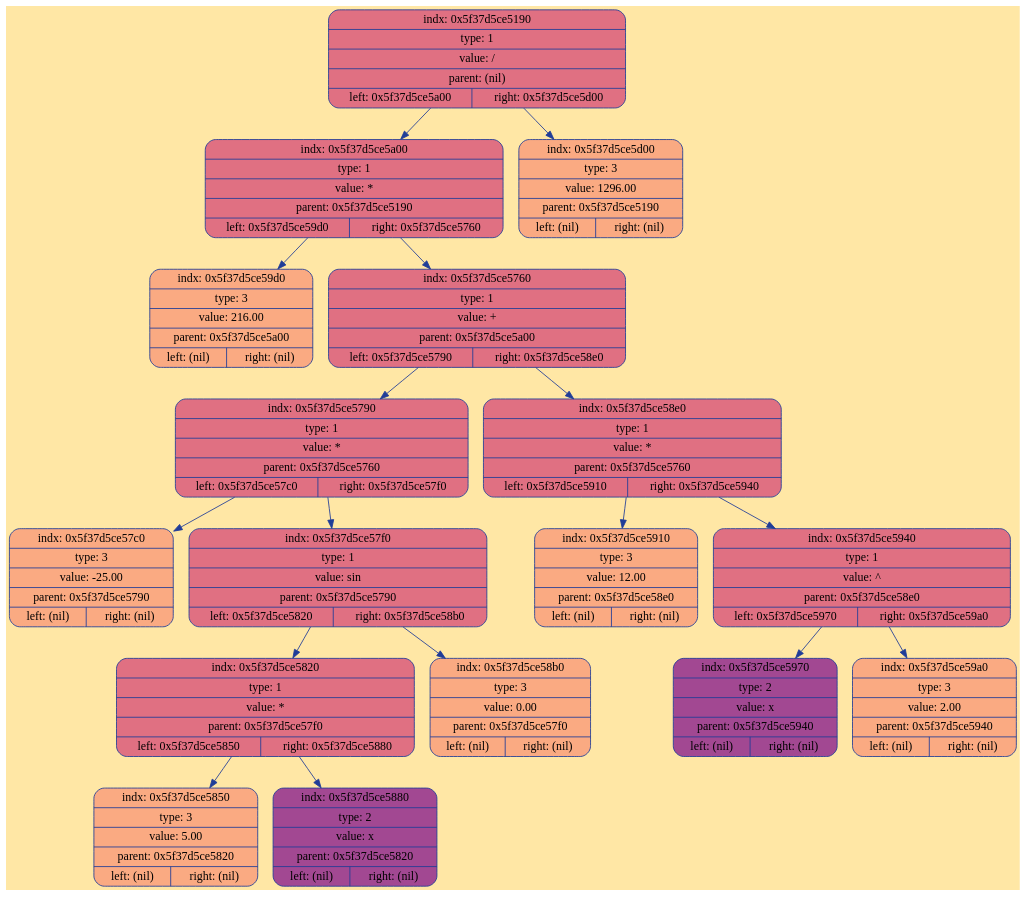
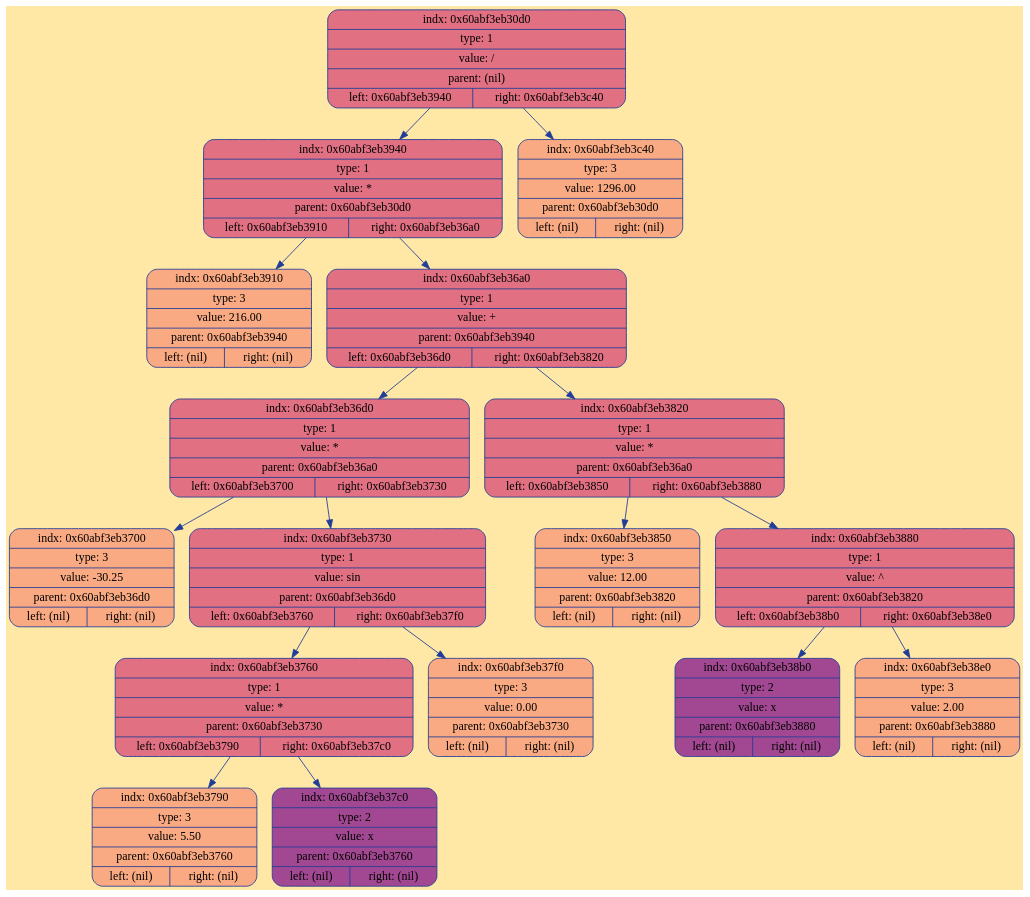
The diagram in debug/tree.dot (ksshkh/differentiator), drawn with Graphviz before and after one commit. The commit also changed 12 other files, not shown here.

```diff
--- a/debug/tree.dot
+++ b/debug/tree.dot
@@ -1,39 +1,39 @@
 digraph Tree {
 	rankdir = TB;
 	node [shape = record];
 	edge [color = "#203D98"];
 	bgcolor = "#FFE7A5";
-	node0x5f37d5ce5190 [color = "#203D98", shape = Mrecord, style = filled, fillcolor = "#E07082", label = "{indx: 0x5f37d5ce5190 | type: 1 | value: / | parent: (nil) | { left: 0x5f37d5ce5a00 | right: 0x5f37d5ce5d00}}"];
-		node0x5f37d5ce5190 -> node0x5f37d5ce5a00
-	node0x5f37d5ce5a00 [color = "#203D98", shape = Mrecord, style = filled, fillcolor = "#E07082", label = "{indx: 0x5f37d5ce5a00 | type: 1 | value: * | parent: 0x5f37d5ce5190 | { left: 0x5f37d5ce59d0 | right: 0x5f37d5ce5760}}"];
-		node0x5f37d5ce5a00 -> node0x5f37d5ce59d0
-	node0x5f37d5ce59d0 [color = "#203D98", shape = Mrecord, style = filled, fillcolor = "#FAAA82", label = "{indx: 0x5f37d5ce59d0 | type: 3 | value: 216.00 | parent: 0x5f37d5ce5a00 | { left: (nil) | right: (nil)}}"];
-		node0x5f37d5ce5a00 -> node0x5f37d5ce5760
-	node0x5f37d5ce5760 [color = "#203D98", shape = Mrecord, style = filled, fillcolor = "#E07082", label = "{indx: 0x5f37d5ce5760 | type: 1 | value: + | parent: 0x5f37d5ce5a00 | { left: 0x5f37d5ce5790 | right: 0x5f37d5ce58e0}}"];
-		node0x5f37d5ce5760 -> node0x5f37d5ce5790
-	node0x5f37d5ce5790 [color = "#203D98", shape = Mrecord, style = filled, fillcolor = "#E07082", label = "{indx: 0x5f37d5ce5790 | type: 1 | value: * | parent: 0x5f37d5ce5760 | { left: 0x5f37d5ce57c0 | right: 0x5f37d5ce57f0}}"];
-		node0x5f37d5ce5790 -> node0x5f37d5ce57c0
-	node0x5f37d5ce57c0 [color = "#203D98", shape = Mrecord, style = filled, fillcolor = "#FAAA82", label = "{indx: 0x5f37d5ce57c0 | type: 3 | value: -25.00 | parent: 0x5f37d5ce5790 | { left: (nil) | right: (nil)}}"];
-		node0x5f37d5ce5790 -> node0x5f37d5ce57f0
-	node0x5f37d5ce57f0 [color = "#203D98", shape = Mrecord, style = filled, fillcolor = "#E07082", label = "{indx: 0x5f37d5ce57f0 | type: 1 | value: sin | parent: 0x5f37d5ce5790 | { left: 0x5f37d5ce5820 | right: 0x5f37d5ce58b0}}"];
-		node0x5f37d5ce57f0 -> node0x5f37d5ce5820
-	node0x5f37d5ce5820 [color = "#203D98", shape = Mrecord, style = filled, fillcolor = "#E07082", label = "{indx: 0x5f37d5ce5820 | type: 1 | value: * | parent: 0x5f37d5ce57f0 | { left: 0x5f37d5ce5850 | right: 0x5f37d5ce5880}}"];
-		node0x5f37d5ce5820 -> node0x5f37d5ce5850
-	node0x5f37d5ce5850 [color = "#203D98", shape = Mrecord, style = filled, fillcolor = "#FAAA82", label = "{indx: 0x5f37d5ce5850 | type: 3 | value: 5.00 | parent: 0x5f37d5ce5820 | { left: (nil) | right: (nil)}}"];
-		node0x5f37d5ce5820 -> node0x5f37d5ce5880
-	node0x5f37d5ce5880 [color = "#203D98", shape = Mrecord, style = filled, fillcolor = "#A24892", label = "{indx: 0x5f37d5ce5880 | type: 2 | value: x | parent: 0x5f37d5ce5820 | { left: (nil) | right: (nil)}}"];
-		node0x5f37d5ce57f0 -> node0x5f37d5ce58b0
-	node0x5f37d5ce58b0 [color = "#203D98", shape = Mrecord, style = filled, fillcolor = "#FAAA82", label = "{indx: 0x5f37d5ce58b0 | type: 3 | value: 0.00 | parent: 0x5f37d5ce57f0 | { left: (nil) | right: (nil)}}"];
-		node0x5f37d5ce5760 -> node0x5f37d5ce58e0
-	node0x5f37d5ce58e0 [color = "#203D98", shape = Mrecord, style = filled, fillcolor = "#E07082", label = "{indx: 0x5f37d5ce58e0 | type: 1 | value: * | parent: 0x5f37d5ce5760 | { left: 0x5f37d5ce5910 | right: 0x5f37d5ce5940}}"];
-		node0x5f37d5ce58e0 -> node0x5f37d5ce5910
-	node0x5f37d5ce5910 [color = "#203D98", shape = Mrecord, style = filled, fillcolor = "#FAAA82", label = "{indx: 0x5f37d5ce5910 | type: 3 | value: 12.00 | parent: 0x5f37d5ce58e0 | { left: (nil) | right: (nil)}}"];
-		node0x5f37d5ce58e0 -> node0x5f37d5ce5940
-	node0x5f37d5ce5940 [color = "#203D98", shape = Mrecord, style = filled, fillcolor = "#E07082", label = "{indx: 0x5f37d5ce5940 | type: 1 | value: ^ | parent: 0x5f37d5ce58e0 | { left: 0x5f37d5ce5970 | right: 0x5f37d5ce59a0}}"];
-		node0x5f37d5ce5940 -> node0x5f37d5ce5970
-	node0x5f37d5ce5970 [color = "#203D98", shape = Mrecord, style = filled, fillcolor = "#A24892", label = "{indx: 0x5f37d5ce5970 | type: 2 | value: x | parent: 0x5f37d5ce5940 | { left: (nil) | right: (nil)}}"];
-		node0x5f37d5ce5940 -> node0x5f37d5ce59a0
-	node0x5f37d5ce59a0 [color = "#203D98", shape = Mrecord, style = filled, fillcolor = "#FAAA82", label = "{indx: 0x5f37d5ce59a0 | type: 3 | value: 2.00 | parent: 0x5f37d5ce5940 | { left: (nil) | right: (nil)}}"];
-		node0x5f37d5ce5190 -> node0x5f37d5ce5d00
-	node0x5f37d5ce5d00 [color = "#203D98", shape = Mrecord, style = filled, fillcolor = "#FAAA82", label = "{indx: 0x5f37d5ce5d00 | type: 3 | value: 1296.00 | parent: 0x5f37d5ce5190 | { left: (nil) | right: (nil)}}"];
+	node0x60abf3eb30d0 [color = "#203D98", shape = Mrecord, style = filled, fillcolor = "#E07082", label = "{indx: 0x60abf3eb30d0 | type: 1 | value: / | parent: (nil) | { left: 0x60abf3eb3940 | right: 0x60abf3eb3c40}}"];
+		node0x60abf3eb30d0 -> node0x60abf3eb3940
+	node0x60abf3eb3940 [color = "#203D98", shape = Mrecord, style = filled, fillcolor = "#E07082", label = "{indx: 0x60abf3eb3940 | type: 1 | value: * | parent: 0x60abf3eb30d0 | { left: 0x60abf3eb3910 | right: 0x60abf3eb36a0}}"];
+		node0x60abf3eb3940 -> node0x60abf3eb3910
+	node0x60abf3eb3910 [color = "#203D98", shape = Mrecord, style = filled, fillcolor = "#FAAA82", label = "{indx: 0x60abf3eb3910 | type: 3 | value: 216.00 | parent: 0x60abf3eb3940 | { left: (nil) | right: (nil)}}"];
+		node0x60abf3eb3940 -> node0x60abf3eb36a0
+	node0x60abf3eb36a0 [color = "#203D98", shape = Mrecord, style = filled, fillcolor = "#E07082", label = "{indx: 0x60abf3eb36a0 | type: 1 | value: + | parent: 0x60abf3eb3940 | { left: 0x60abf3eb36d0 | right: 0x60abf3eb3820}}"];
+		node0x60abf3eb36a0 -> node0x60abf3eb36d0
+	node0x60abf3eb36d0 [color = "#203D98", shape = Mrecord, style = filled, fillcolor = "#E07082", label = "{indx: 0x60abf3eb36d0 | type: 1 | value: * | parent: 0x60abf3eb36a0 | { left: 0x60abf3eb3700 | right: 0x60abf3eb3730}}"];
+		node0x60abf3eb36d0 -> node0x60abf3eb3700
+	node0x60abf3eb3700 [color = "#203D98", shape = Mrecord, style = filled, fillcolor = "#FAAA82", label = "{indx: 0x60abf3eb3700 | type: 3 | value: -30.25 | parent: 0x60abf3eb36d0 | { left: (nil) | right: (nil)}}"];
+		node0x60abf3eb36d0 -> node0x60abf3eb3730
+	node0x60abf3eb3730 [color = "#203D98", shape = Mrecord, style = filled, fillcolor = "#E07082", label = "{indx: 0x60abf3eb3730 | type: 1 | value: sin | parent: 0x60abf3eb36d0 | { left: 0x60abf3eb3760 | right: 0x60abf3eb37f0}}"];
+		node0x60abf3eb3730 -> node0x60abf3eb3760
+	node0x60abf3eb3760 [color = "#203D98", shape = Mrecord, style = filled, fillcolor = "#E07082", label = "{indx: 0x60abf3eb3760 | type: 1 | value: * | parent: 0x60abf3eb3730 | { left: 0x60abf3eb3790 | right: 0x60abf3eb37c0}}"];
+		node0x60abf3eb3760 -> node0x60abf3eb3790
+	node0x60abf3eb3790 [color = "#203D98", shape = Mrecord, style = filled, fillcolor = "#FAAA82", label = "{indx: 0x60abf3eb3790 | type: 3 | value: 5.50 | parent: 0x60abf3eb3760 | { left: (nil) | right: (nil)}}"];
+		node0x60abf3eb3760 -> node0x60abf3eb37c0
+	node0x60abf3eb37c0 [color = "#203D98", shape = Mrecord, style = filled, fillcolor = "#A24892", label = "{indx: 0x60abf3eb37c0 | type: 2 | value: x | parent: 0x60abf3eb3760 | { left: (nil) | right: (nil)}}"];
+		node0x60abf3eb3730 -> node0x60abf3eb37f0
+	node0x60abf3eb37f0 [color = "#203D98", shape = Mrecord, style = filled, fillcolor = "#FAAA82", label = "{indx: 0x60abf3eb37f0 | type: 3 | value: 0.00 | parent: 0x60abf3eb3730 | { left: (nil) | right: (nil)}}"];
+		node0x60abf3eb36a0 -> node0x60abf3eb3820
+	node0x60abf3eb3820 [color = "#203D98", shape = Mrecord, style = filled, fillcolor = "#E07082", label = "{indx: 0x60abf3eb3820 | type: 1 | value: * | parent: 0x60abf3eb36a0 | { left: 0x60abf3eb3850 | right: 0x60abf3eb3880}}"];
+		node0x60abf3eb3820 -> node0x60abf3eb3850
+	node0x60abf3eb3850 [color = "#203D98", shape = Mrecord, style = filled, fillcolor = "#FAAA82", label = "{indx: 0x60abf3eb3850 | type: 3 | value: 12.00 | parent: 0x60abf3eb3820 | { left: (nil) | right: (nil)}}"];
+		node0x60abf3eb3820 -> node0x60abf3eb3880
+	node0x60abf3eb3880 [color = "#203D98", shape = Mrecord, style = filled, fillcolor = "#E07082", label = "{indx: 0x60abf3eb3880 | type: 1 | value: ^ | parent: 0x60abf3eb3820 | { left: 0x60abf3eb38b0 | right: 0x60abf3eb38e0}}"];
+		node0x60abf3eb3880 -> node0x60abf3eb38b0
+	node0x60abf3eb38b0 [color = "#203D98", shape = Mrecord, style = filled, fillcolor = "#A24892", label = "{indx: 0x60abf3eb38b0 | type: 2 | value: x | parent: 0x60abf3eb3880 | { left: (nil) | right: (nil)}}"];
+		node0x60abf3eb3880 -> node0x60abf3eb38e0
+	node0x60abf3eb38e0 [color = "#203D98", shape = Mrecord, style = filled, fillcolor = "#FAAA82", label = "{indx: 0x60abf3eb38e0 | type: 3 | value: 2.00 | parent: 0x60abf3eb3880 | { left: (nil) | right: (nil)}}"];
+		node0x60abf3eb30d0 -> node0x60abf3eb3c40
+	node0x60abf3eb3c40 [color = "#203D98", shape = Mrecord, style = filled, fillcolor = "#FAAA82", label = "{indx: 0x60abf3eb3c40 | type: 3 | value: 1296.00 | parent: 0x60abf3eb30d0 | { left: (nil) | right: (nil)}}"];
 }
```
